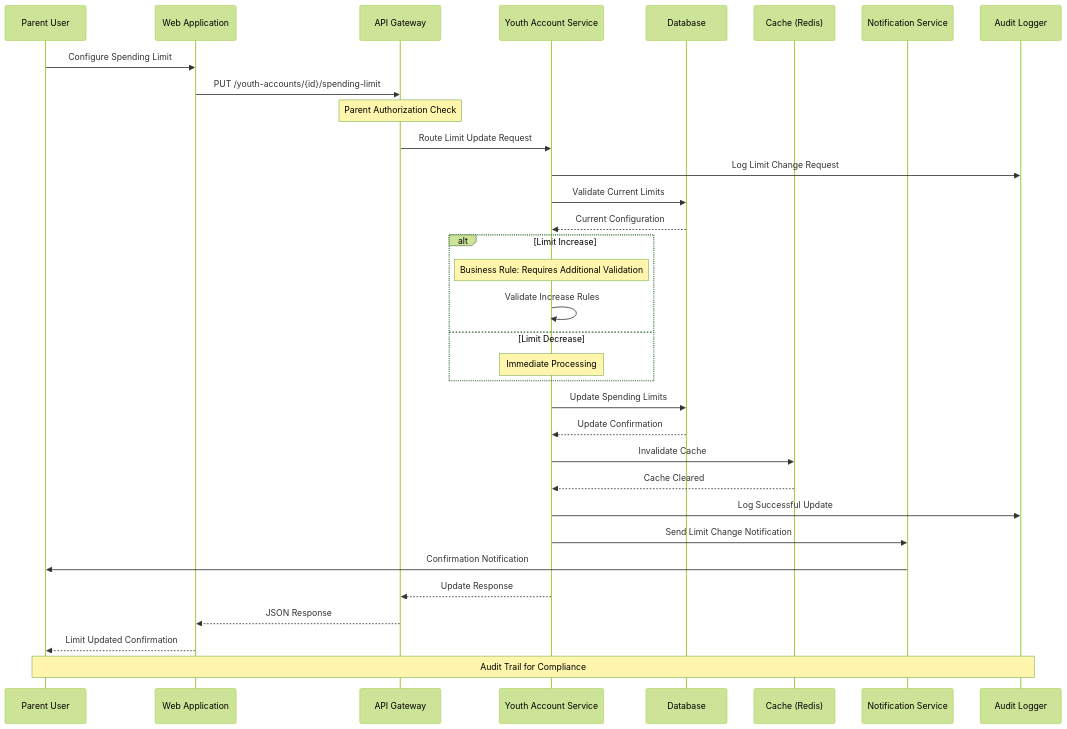
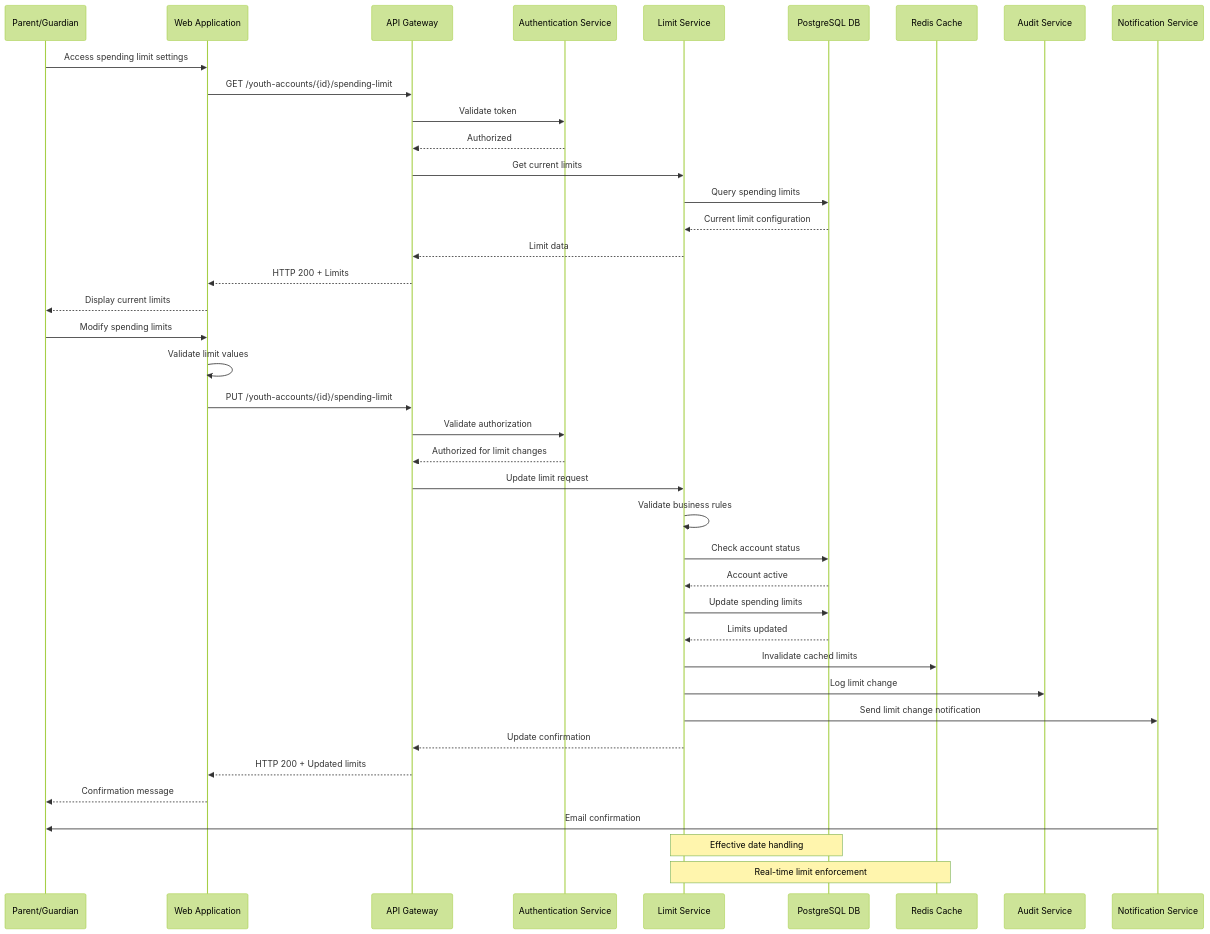
The third of 7 diagrams in API Development/Components and Sequence Diagrams/sequence_diagram.md (ThapaswiASC/SCIB-INCEPTION-PHASE-DEMO), drawn with Mermaid (forest theme) before and after one commit. The commit also changed other lines of this file and 1 other file, not shown here.

````diff
--- a/API Development/Components and Sequence Diagrams/sequence_diagram.md
+++ b/API Development/Components and Sequence Diagrams/sequence_diagram.md
@@ -115,42 +119,47 @@
 ```mermaid
 sequenceDiagram
-    participant P as Parent User
-    participant WA as Web Application
-    participant AG as API Gateway
-    participant YS as Youth Account Service
-    participant DB as Database
-    participant C as Cache (Redis)
-    participant NS as Notification Service
-    participant AL as Audit Logger
+    participant Parent as Parent/Guardian
+    participant WebApp as Web Application
+    participant APIGateway as API Gateway
+    participant AuthSvc as Authentication Service
+    participant LimitSvc as Limit Service
+    participant Database as PostgreSQL DB
+    participant Cache as Redis Cache
+    participant AuditSvc as Audit Service
+    participant NotificationSvc as Notification Service
 
-    P->>WA: Configure Spending Limit
-    WA->>AG: PUT /youth-accounts/{id}/spending-limit
-    Note over AG: Parent Authorization Check
-    AG->>YS: Route Limit Update Request
+    Parent->>WebApp: Access spending limit settings
+    WebApp->>APIGateway: GET /youth-accounts/{id}/spending-limit
+    APIGateway->>AuthSvc: Validate token
+    AuthSvc-->>APIGateway: Authorized
+    APIGateway->>LimitSvc: Get current limits
+    LimitSvc->>Database: Query spending limits
+    Database-->>LimitSvc: Current limit configuration
+    LimitSvc-->>APIGateway: Limit data
+    APIGateway-->>WebApp: HTTP 200 + Limits
+    WebApp-->>Parent: Display current limits
     
-    YS->>AL: Log Limit Change Request
-    YS->>DB: Validate Current Limits
-    DB-->>YS: Current Configuration
+    Parent->>WebApp: Modify spending limits
+    WebApp->>WebApp: Validate limit values
+    WebApp->>APIGateway: PUT /youth-accounts/{id}/spending-limit
+    APIGateway->>AuthSvc: Validate authorization
+    AuthSvc-->>APIGateway: Authorized for limit changes
+    APIGateway->>LimitSvc: Update limit request
     
-    alt Limit Increase
-        Note over YS: Business Rule: Requires Additional Validation
-        YS->>YS: Validate Increase Rules
-    else Limit Decrease
-        Note over YS: Immediate Processing
-    end
+    LimitSvc->>LimitSvc: Validate business rules
+    LimitSvc->>Database: Check account status
+    Database-->>LimitSvc: Account active
+    LimitSvc->>Database: Update spending limits
+    Database-->>LimitSvc: Limits updated
+    LimitSvc->>Cache: Invalidate cached limits
+    LimitSvc->>AuditSvc: Log limit change
+    LimitSvc->>NotificationSvc: Send limit change notification
+    LimitSvc-->>APIGateway: Update confirmation
+    APIGateway-->>WebApp: HTTP 200 + Updated limits
+    WebApp-->>Parent: Confirmation message
     
-    YS->>DB: Update Spending Limits
-    DB-->>YS: Update Confirmation
-    YS->>C: Invalidate Cache
-    C-->>YS: Cache Cleared
+    NotificationSvc->>Parent: Email confirmation
     
-    YS->>AL: Log Successful Update
-    YS->>NS: Send Limit Change Notification
-    NS->>P: Confirmation Notification
-    
-    YS-->>AG: Update Response
-    AG-->>WA: JSON Response
-    WA-->>P: Limit Updated Confirmation
-    
-    Note over P,AL: Audit Trail for Compliance
+    Note over LimitSvc,Database: Effective date handling
+    Note over LimitSvc,Cache: Real-time limit enforcement
 ```
````
